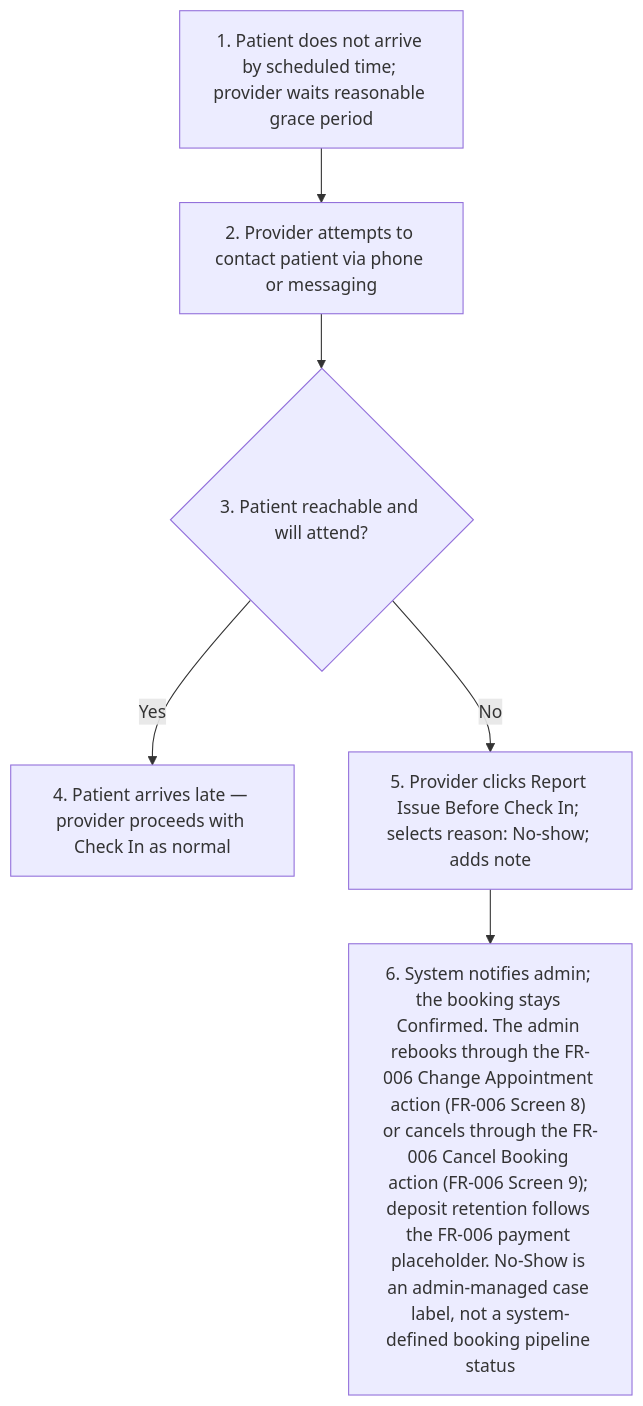
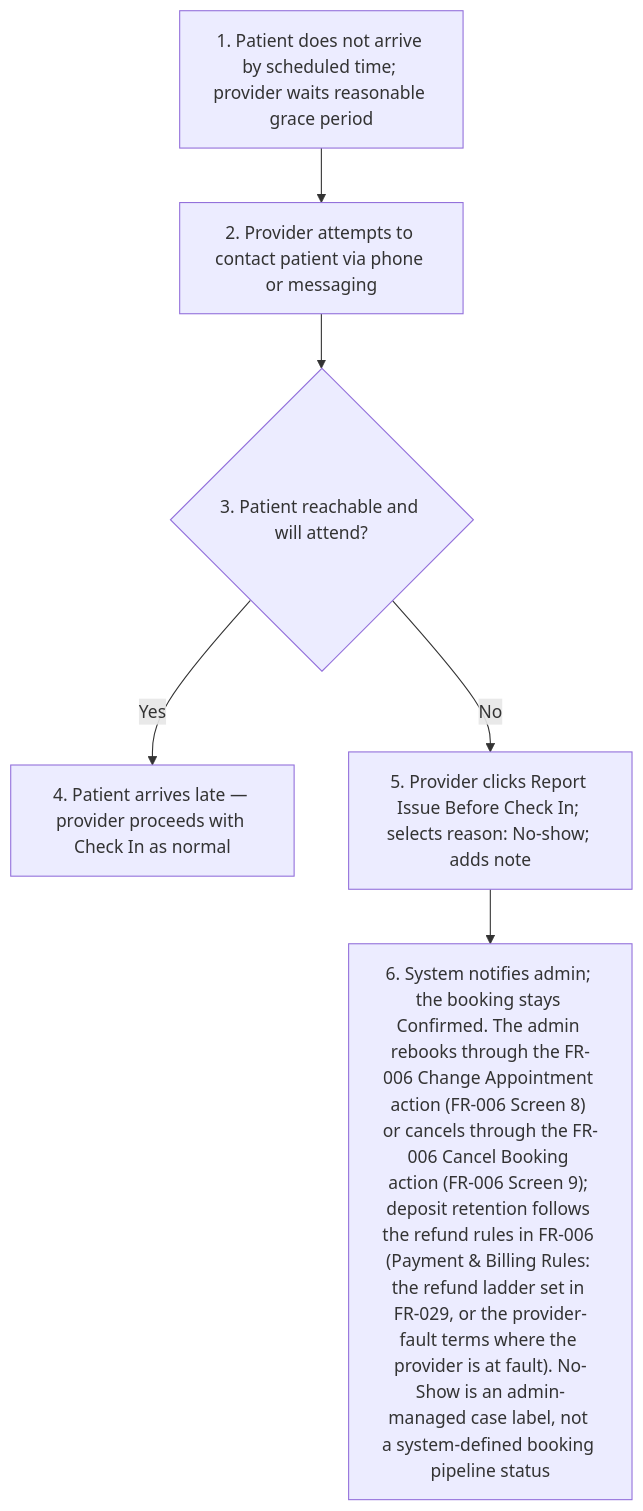
Before and after one commit to joachimtrungtuan/hairline-pm-docs: the fourth of 9 diagrams in project-requirements/functional-requirements/fr010-treatment-execution/prd.md, drawn with Mermaid. The commit also changed other lines of this file and 10 other files, not shown here.

Commit message:
docs(requirements): replace stale payment placeholder pointers with the stated refund rules

````diff
--- a/project-requirements/functional-requirements/fr010-treatment-execution/prd.md
+++ b/project-requirements/functional-requirements/fr010-treatment-execution/prd.md
@@ -170,9 +170,9 @@
 ```mermaid
 flowchart TD
   B1S1["1. Patient does not arrive by scheduled time; provider waits reasonable grace period"] --> B1S2
   B1S2["2. Provider attempts to contact patient via phone or messaging"] --> B1S3
   B1S3{"3. Patient reachable and will attend?"}
   B1S3 -- Yes --> B1S4["4. Patient arrives late — provider proceeds with Check In as normal"]
   B1S3 -- No --> B1S5["5. Provider clicks Report Issue Before Check In; selects reason: No-show; adds note"]
-  B1S5 --> B1S6["6. System notifies admin; the booking stays Confirmed. The admin rebooks through the FR-006 Change Appointment action (FR-006 Screen 8) or cancels through the FR-006 Cancel Booking action (FR-006 Screen 9); deposit retention follows the FR-006 payment placeholder. No-Show is an admin-managed case label, not a system-defined booking pipeline status"]
+  B1S5 --> B1S6["6. System notifies admin; the booking stays Confirmed. The admin rebooks through the FR-006 Change Appointment action (FR-006 Screen 8) or cancels through the FR-006 Cancel Booking action (FR-006 Screen 9); deposit retention follows the refund rules in FR-006 (Payment & Billing Rules: the refund ladder set in FR-029, or the provider-fault terms where the provider is at fault). No-Show is an admin-managed case label, not a system-defined booking pipeline status"]
 ```
````
